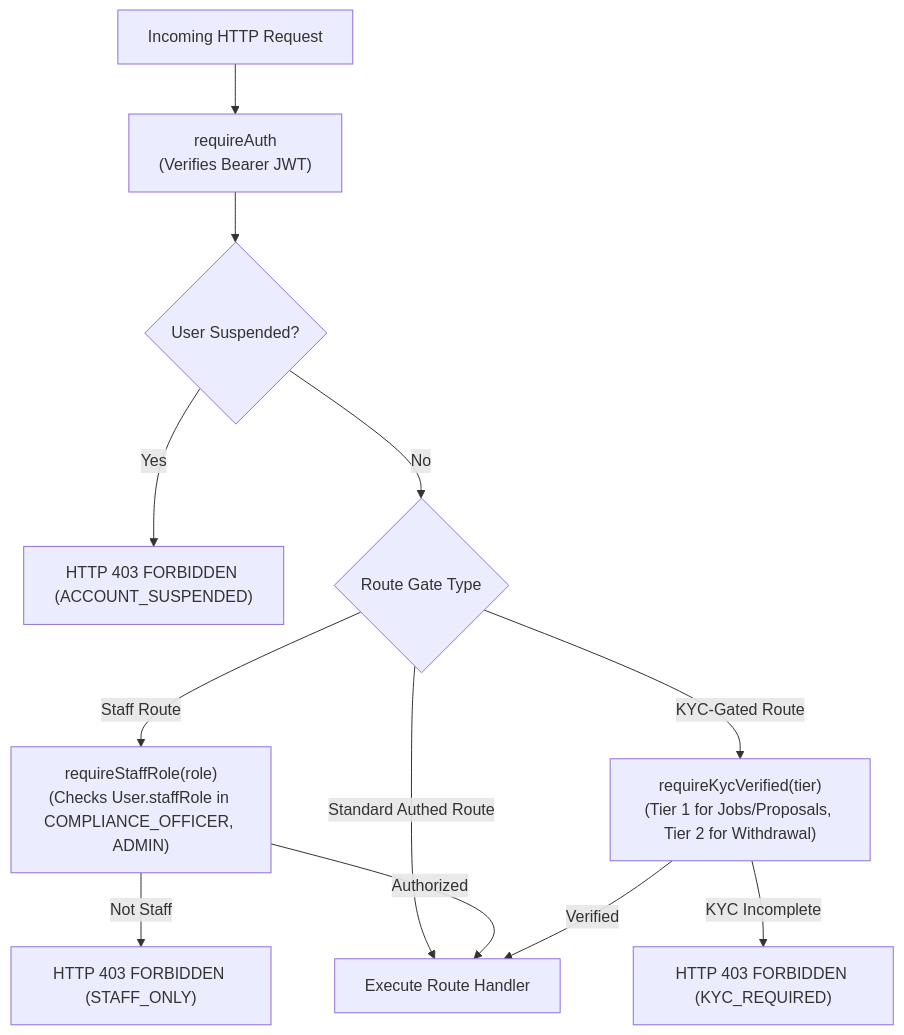
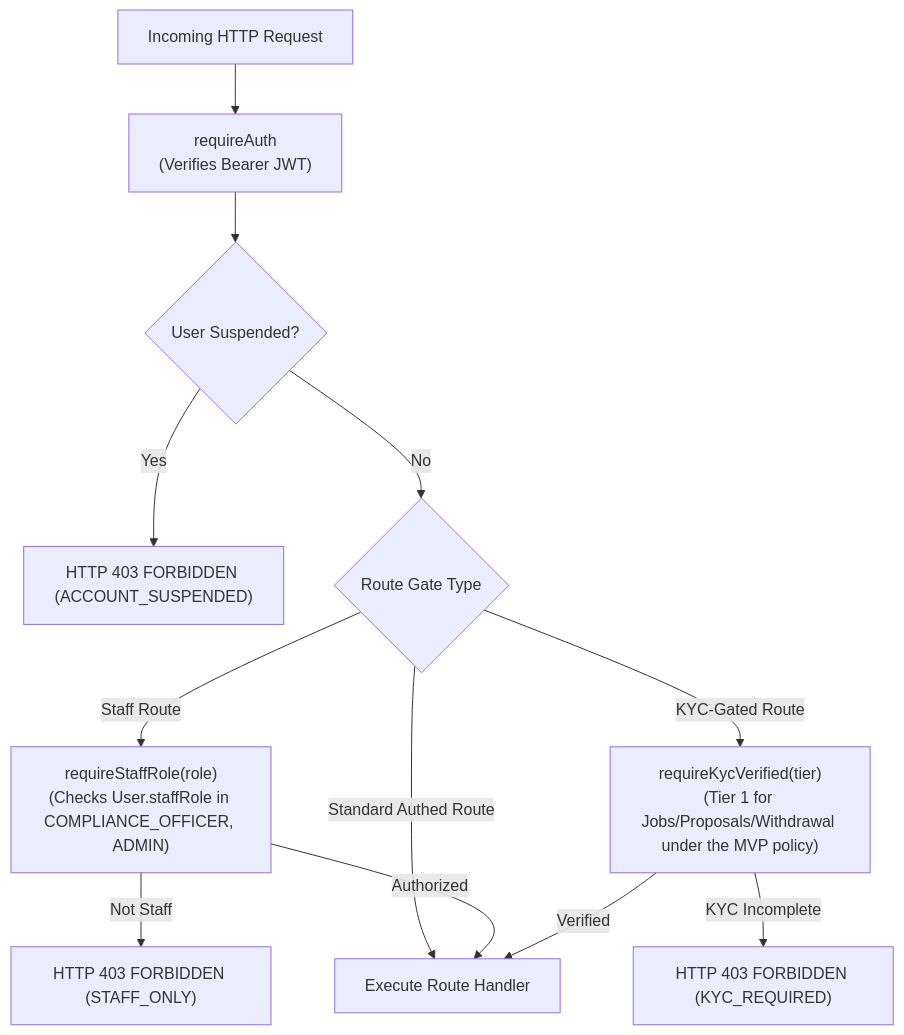
One commit to yonasmindaye04-sketch/Yekis changed diagram 19 of 24 in docs/SYSTEM_DESIGN.md. Above: the diagram before and after it, drawn with Mermaid. The commit also changed other lines of this file and 3 other files, not shown here.

````diff
--- a/docs/SYSTEM_DESIGN.md
+++ b/docs/SYSTEM_DESIGN.md
@@ -1278,17 +1301,17 @@
 ```mermaid
 flowchart TD
     Req["Incoming HTTP Request"] --> AuthMid["requireAuth\n(Verifies Bearer JWT)"]
     AuthMid --> UserCheck{"User Suspended?"}
     UserCheck -- Yes --> SusErr["HTTP 403 FORBIDDEN (ACCOUNT_SUSPENDED)"]
     UserCheck -- No --> GateRouter{"Route Gate Type"}
     
     GateRouter -- Staff Route --> StaffMid["requireStaffRole(role)\n(Checks User.staffRole in COMPLIANCE_OFFICER, ADMIN)"]
-    GateRouter -- KYC-Gated Route --> KycMid["requireKycVerified(tier)\n(Tier 1 for Jobs/Proposals, Tier 2 for Withdrawal)"]
+    GateRouter -- KYC-Gated Route --> KycMid["requireKycVerified(tier)\n(Tier 1 for Jobs/Proposals/Withdrawal under the MVP policy)"]
     GateRouter -- Standard Authed Route --> Handler["Execute Route Handler"]
 
     StaffMid -- Not Staff --> StaffErr["HTTP 403 FORBIDDEN (STAFF_ONLY)"]
     StaffMid -- Authorized --> Handler
 
     KycMid -- KYC Incomplete --> KycErr["HTTP 403 FORBIDDEN (KYC_REQUIRED)"]
     KycMid -- Verified --> Handler
 ```
````
